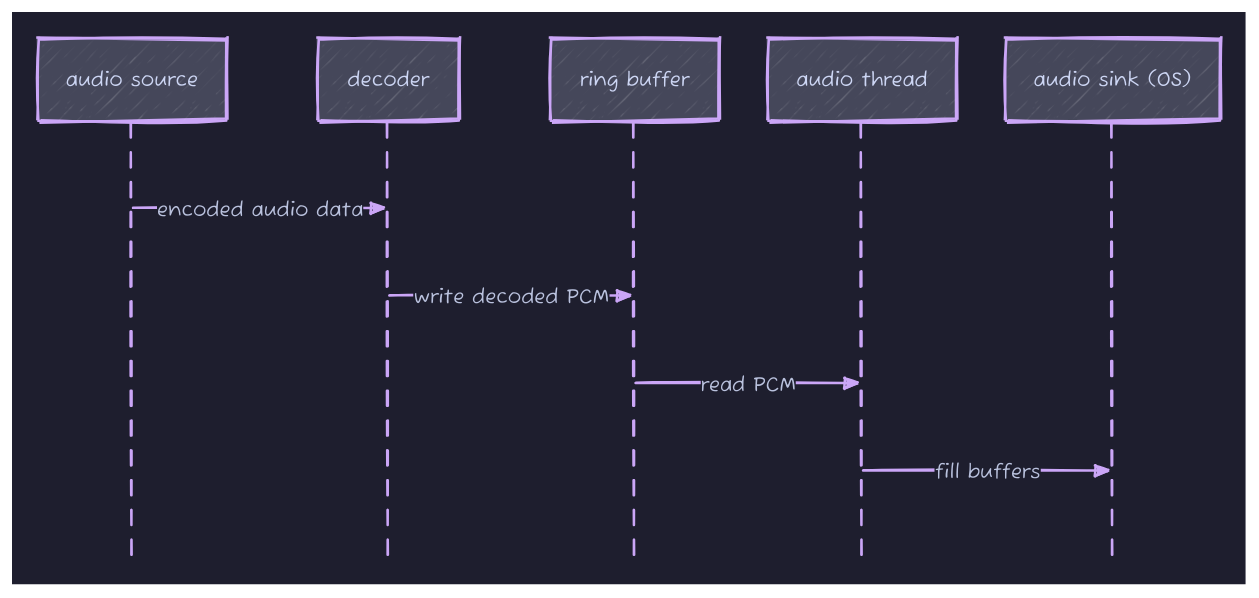
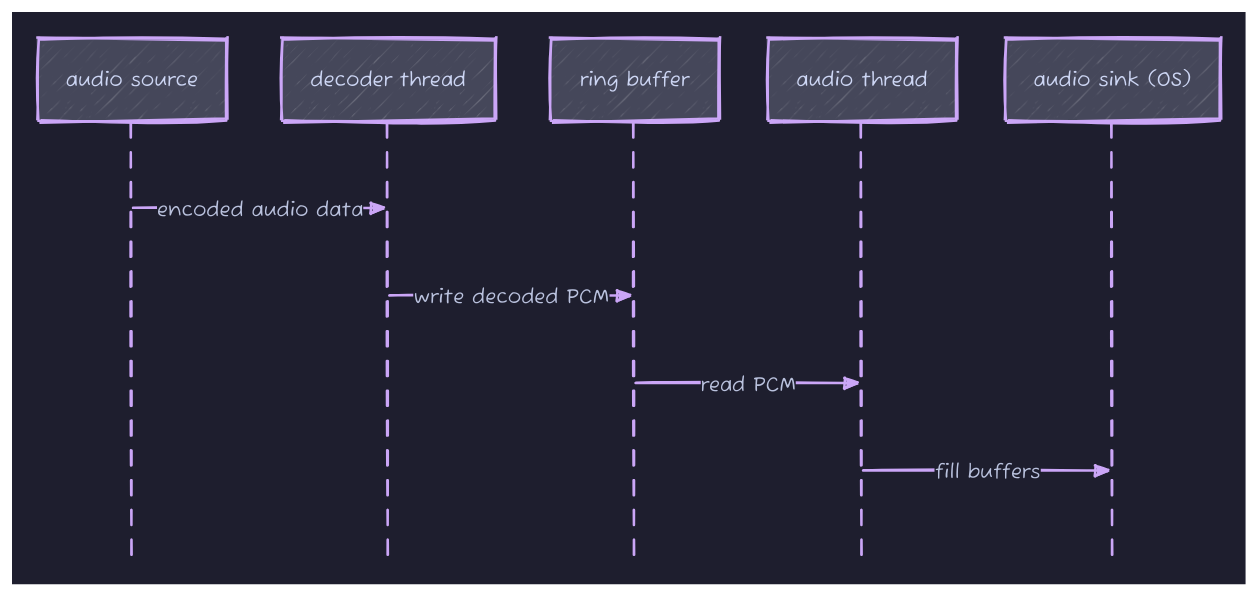
The diagram in src/blog/streaming/audio.d2 (aschey/aschey.tech), drawn with D2 before and after one commit. The commit also changed 6 other files, not shown here.

```diff
--- a/src/blog/streaming/audio.d2
+++ b/src/blog/streaming/audio.d2
@@ -1,13 +1,13 @@
 vars: {
   d2-config: {
     sketch: true
     theme-id: 200
   }
 }
 
 shape: sequence_diagram
 
-audio source -> decoder: encoded audio data
-decoder -> ring buffer: write decoded PCM
+audio source -> decoder thread: encoded audio data
+decoder thread-> ring buffer: write decoded PCM
 ring buffer -> audio thread: read PCM
 audio thread -> audio sink (OS): fill buffers
```
